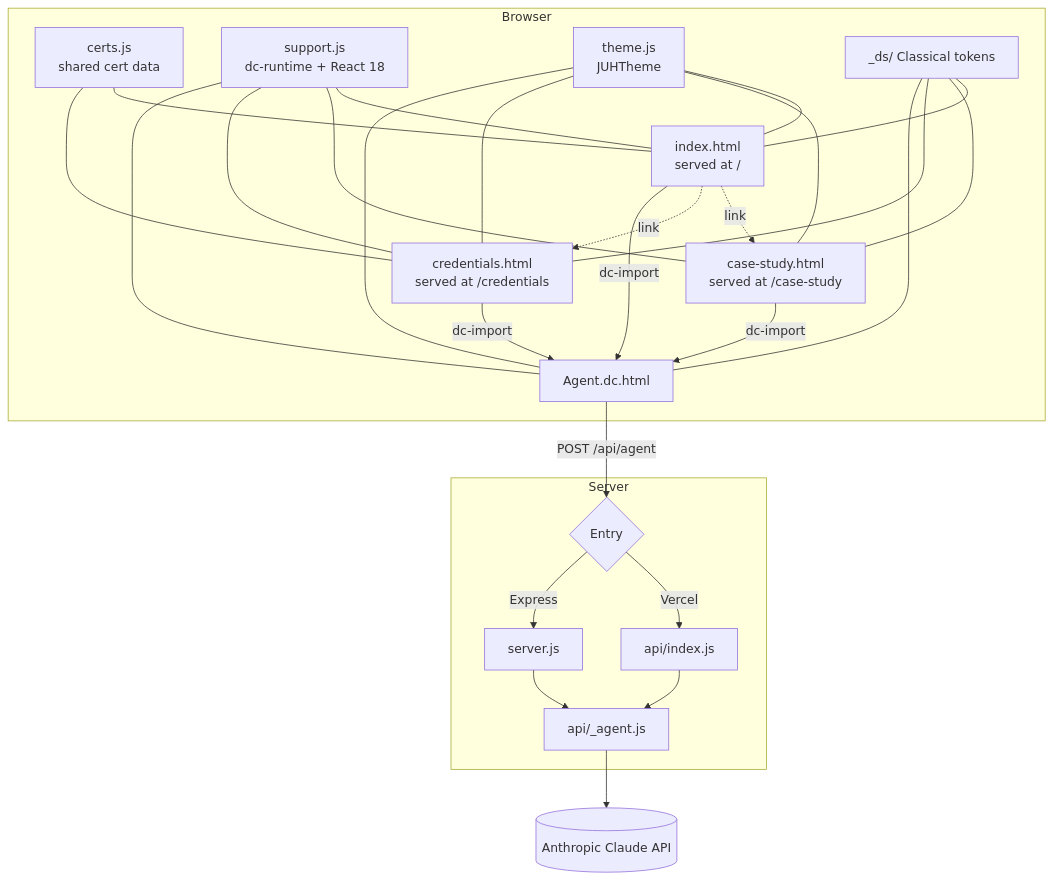
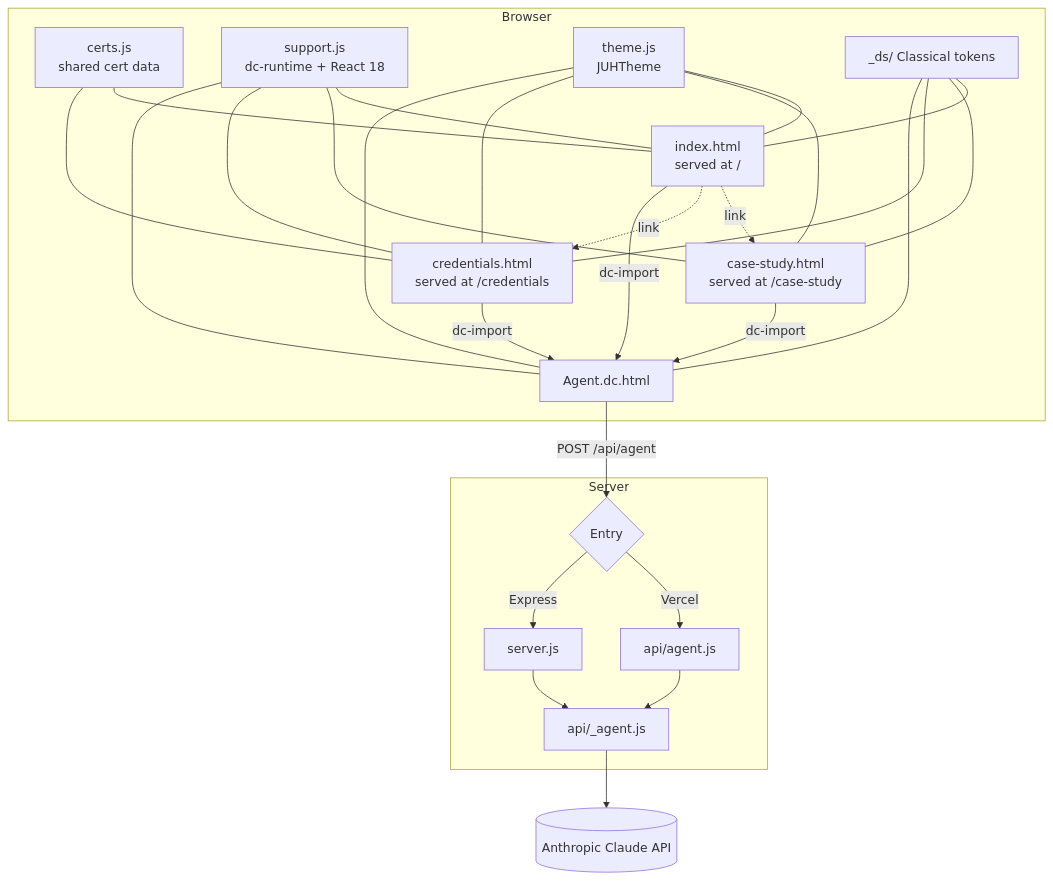
Before and after one commit to JawadulHadi/juh_Bukhari_Portfolio: the first of 2 diagrams in docs/wiki/Architecture.md, drawn with Mermaid. The commit also changed other lines of this file and 16 other files, not shown here.

````diff
--- a/docs/wiki/Architecture.md
+++ b/docs/wiki/Architecture.md
@@ -5,24 +5,24 @@
 ```mermaid
 flowchart TB
     subgraph Browser
         P[index.html<br/>served at /]
         P -.->|link| CS[case-study.html<br/>served at /case-study]
         P -.->|link| CR[credentials.html<br/>served at /credentials]
         CE[certs.js<br/>shared cert data] --- P & CR
         P -->|dc-import| AG[Agent.dc.html]
         CS -->|dc-import| AG
         CR -->|dc-import| AG
         RT[support.js<br/>dc-runtime + React 18] --- P & CS & CR & AG
         TH[theme.js<br/>JUHTheme] --- P & CS & CR & AG
         DS[_ds/ Classical tokens] --- P & CS & CR & AG
     end
     AG -- POST /api/agent --> EP
     subgraph Server
         EP{Entry}
-        EP -->|Vercel| VI[api/index.js]
+        EP -->|Vercel| VI[api/agent.js]
         EP -->|Express| SJ[server.js]
         VI --> AH[api/_agent.js]
         SJ --> AH
     end
     AH --> CL[(Anthropic Claude API)]
 ```
````
